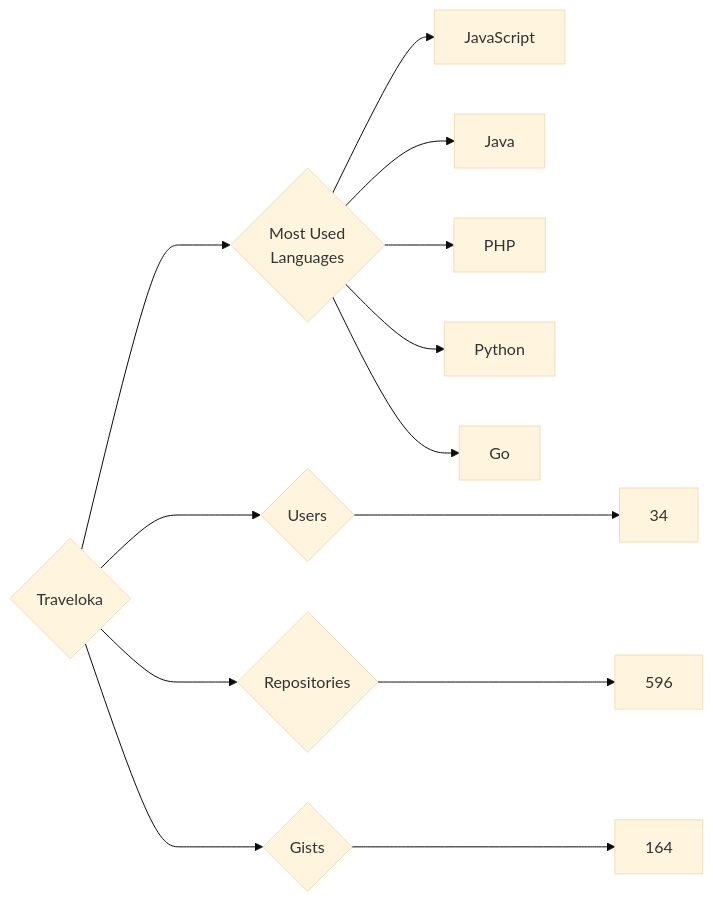
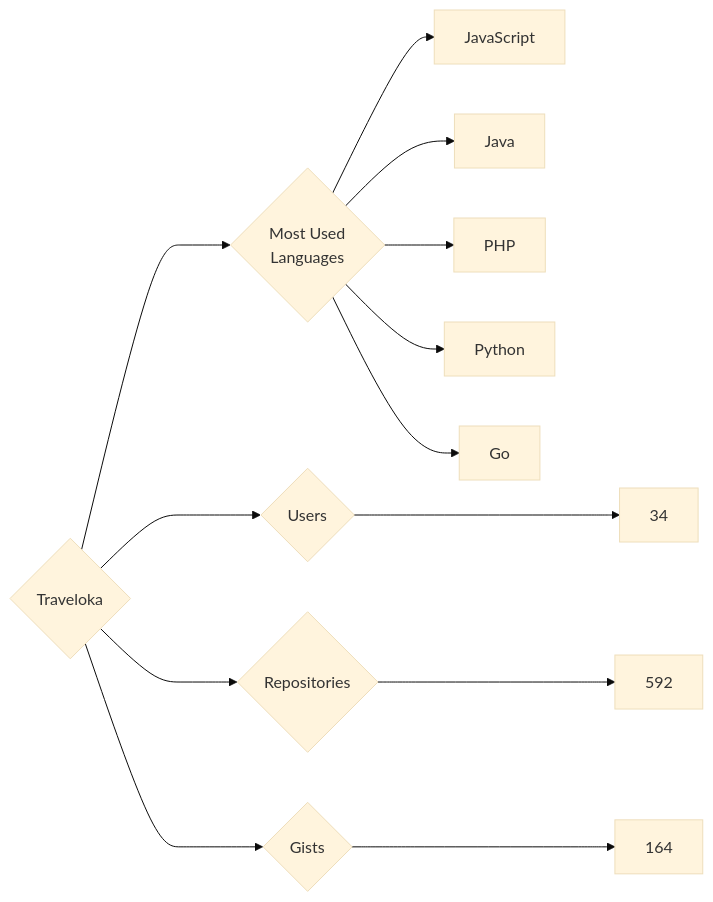
One commit to trickest/insiders changed the diagram in targets/Traveloka/README.md. Above: the diagram before and after it, drawn with Mermaid (base theme). The commit also changed 1479 other files, not shown here.

````diff
--- a/targets/Traveloka/README.md
+++ b/targets/Traveloka/README.md
@@ -3,13 +3,13 @@
 ```mermaid
 graph LR
 COMPANY_NAME{Traveloka}
 COMPANY_NAME ---> U{Users} ---> UN[34]
-COMPANY_NAME ---> R{Repositories} ---> RN[596]
+COMPANY_NAME ---> R{Repositories} ---> RN[592]
 COMPANY_NAME ---> G{Gists} ---> GN[164]
 COMPANY_NAME ---> ML{Most Used<br>Languages}
 ML --> JavaScript[JavaScript]
 ML --> Java[Java]
 ML --> PHP[PHP]
 ML --> Python[Python]
 ML --> Go[Go]
 ```
````
